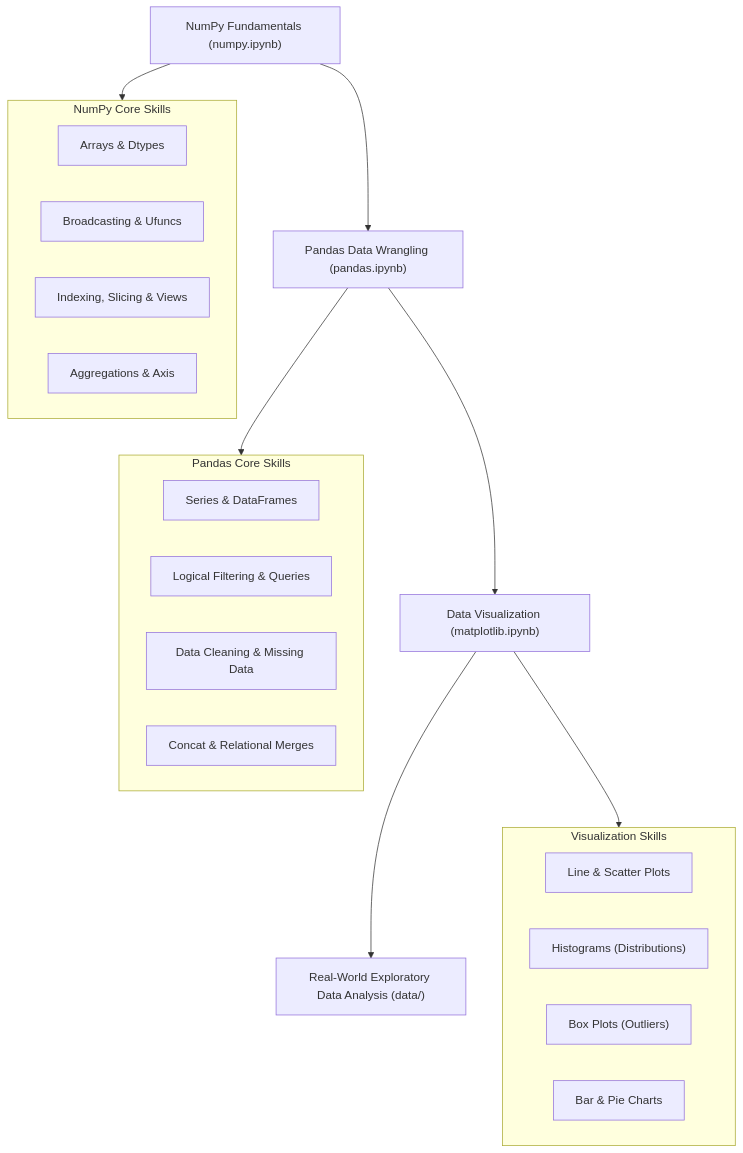
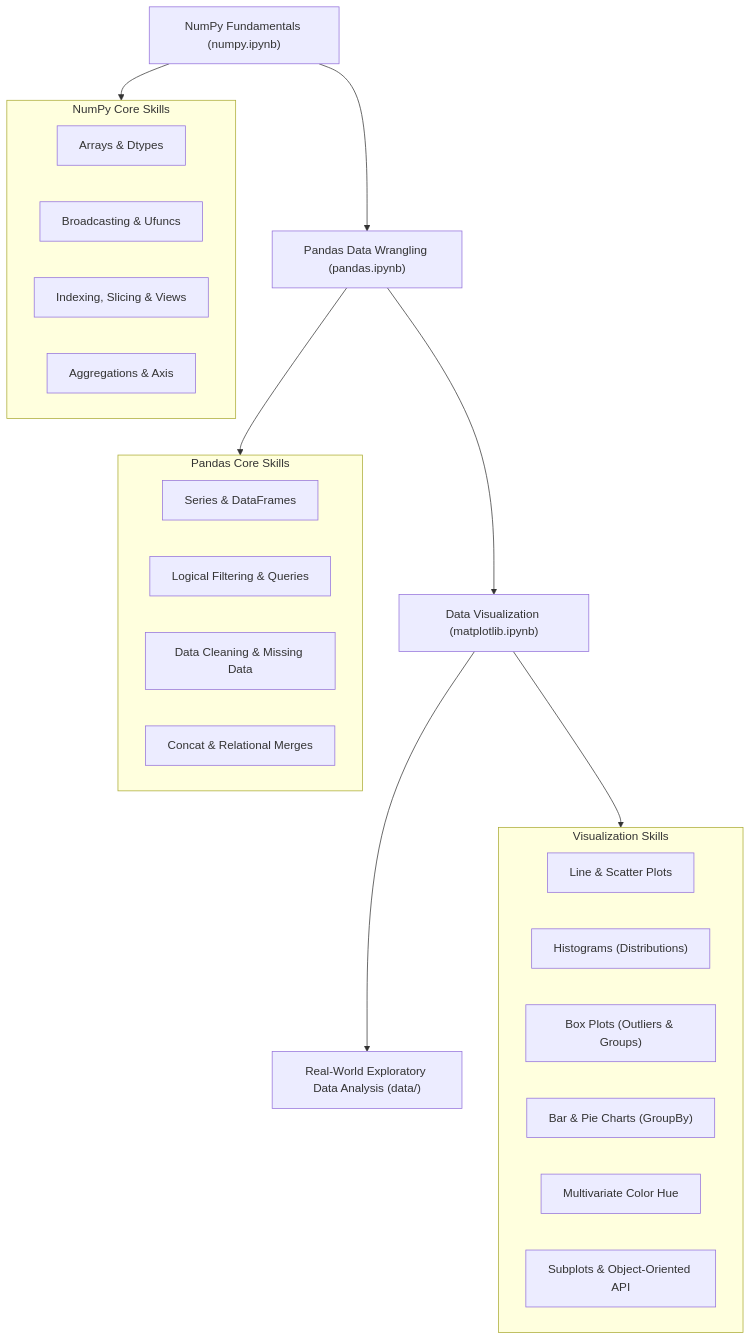
One commit to bonssss/data-analytics-journey changed the diagram in python_for_analyst/README.md. Above: the diagram before and after it, drawn with Mermaid. The commit also changed other lines of this file and 2 other files, not shown here.

Commit message:
docs: expand matplotlib guide and notebook with grouped box plots, multivariate color hue, and object-oriented subplots

````diff
--- a/python_for_analyst/README.md
+++ b/python_for_analyst/README.md
@@ -19,31 +19,33 @@
 ```mermaid
 flowchart TD
     A["NumPy Fundamentals (numpy.ipynb)"] --> B["Pandas Data Wrangling (pandas.ipynb)"]
     B --> C["Data Visualization (matplotlib.ipynb)"]
     C --> D["Real-World Exploratory Data Analysis (data/)"]
 
     subgraph NumPy_Skills ["NumPy Core Skills"]
         A1["Arrays & Dtypes"]
         A2["Broadcasting & Ufuncs"]
         A3["Indexing, Slicing & Views"]
         A4["Aggregations & Axis"]
     end
 
     subgraph Pandas_Skills ["Pandas Core Skills"]
         B1["Series & DataFrames"]
         B2["Logical Filtering & Queries"]
         B3["Data Cleaning & Missing Data"]
         B4["Concat & Relational Merges"]
     end
 
     subgraph Matplotlib_Skills ["Visualization Skills"]
         C1["Line & Scatter Plots"]
         C2["Histograms (Distributions)"]
-        C3["Box Plots (Outliers)"]
-        C4["Bar & Pie Charts"]
+        C3["Box Plots (Outliers & Groups)"]
+        C4["Bar & Pie Charts (GroupBy)"]
+        C5["Multivariate Color Hue"]
+        C6["Subplots & Object-Oriented API"]
     end
 
     A --> NumPy_Skills
     B --> Pandas_Skills
     C --> Matplotlib_Skills
 ```
````
